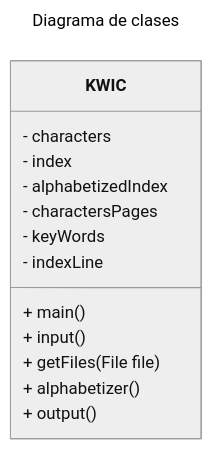
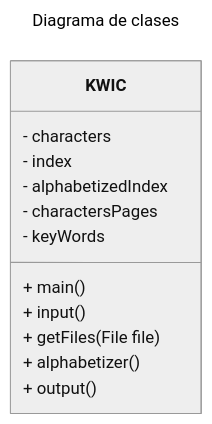
The first of 2 diagrams in README.md (AlbertoMasrMCC/KWIC), drawn with Mermaid (neutral theme) before and after one commit. The commit also changed 6 other files, not shown here.

````diff
--- a/README.md
+++ b/README.md
@@ -4,19 +4,18 @@
 ```mermaid
 ---
 title: Diagrama de clases
 ---
 classDiagram
     class KWIC {
         - characters
         - index
         - alphabetizedIndex
         - charactersPages
         - keyWords
-        - indexLine
         + main()
         + input()
         + getFiles(File file)
         + alphabetizer()
         + output()
     }
 ```
````
